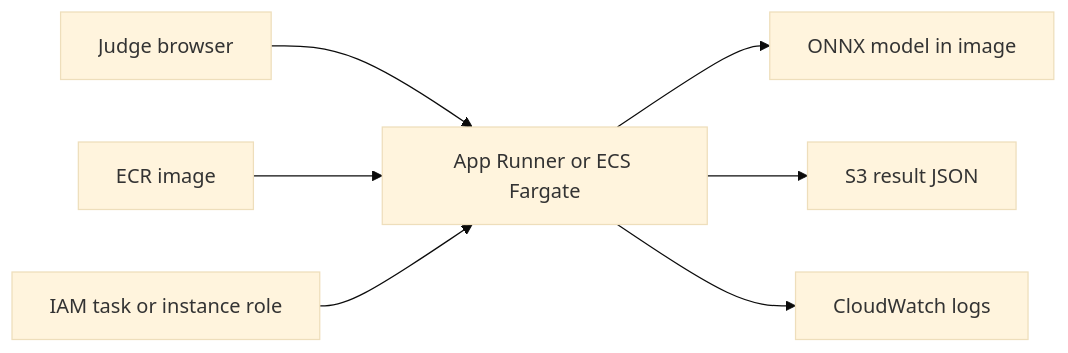
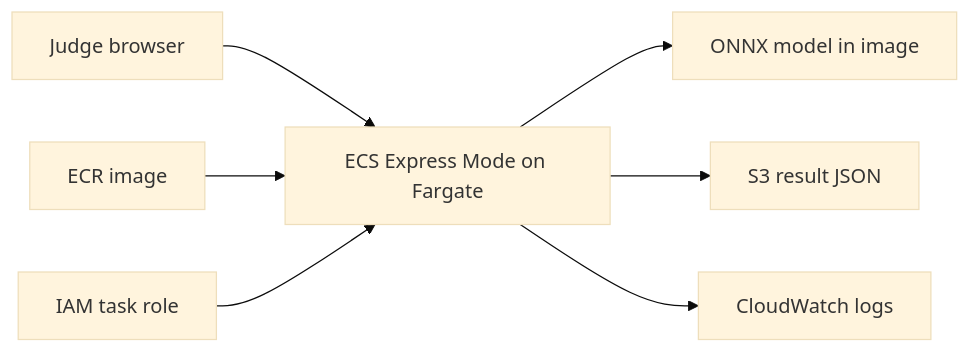
One commit to Rehan9599/opencv-ai-competition-Sonar-project changed the diagram in docs/AWS_DEPLOYMENT_PLAN.md. Above: the diagram before and after it, drawn with Mermaid (base theme). The commit also changed other lines of this file and 14 other files, not shown here.

````diff
--- a/docs/AWS_DEPLOYMENT_PLAN.md
+++ b/docs/AWS_DEPLOYMENT_PLAN.md
@@ -11,9 +11,9 @@
 ```mermaid
 flowchart LR
-    J[Judge browser] --> API[App Runner or ECS Fargate]
+    J[Judge browser] --> API[ECS Express Mode on Fargate]
     ECR[ECR image] --> API
     API --> MODEL[ONNX model in image]
     API --> S3[S3 result JSON]
     API --> CW[CloudWatch logs]
-    ROLE[IAM task or instance role] --> API
+    ROLE[IAM task role] --> API
 ```
````
